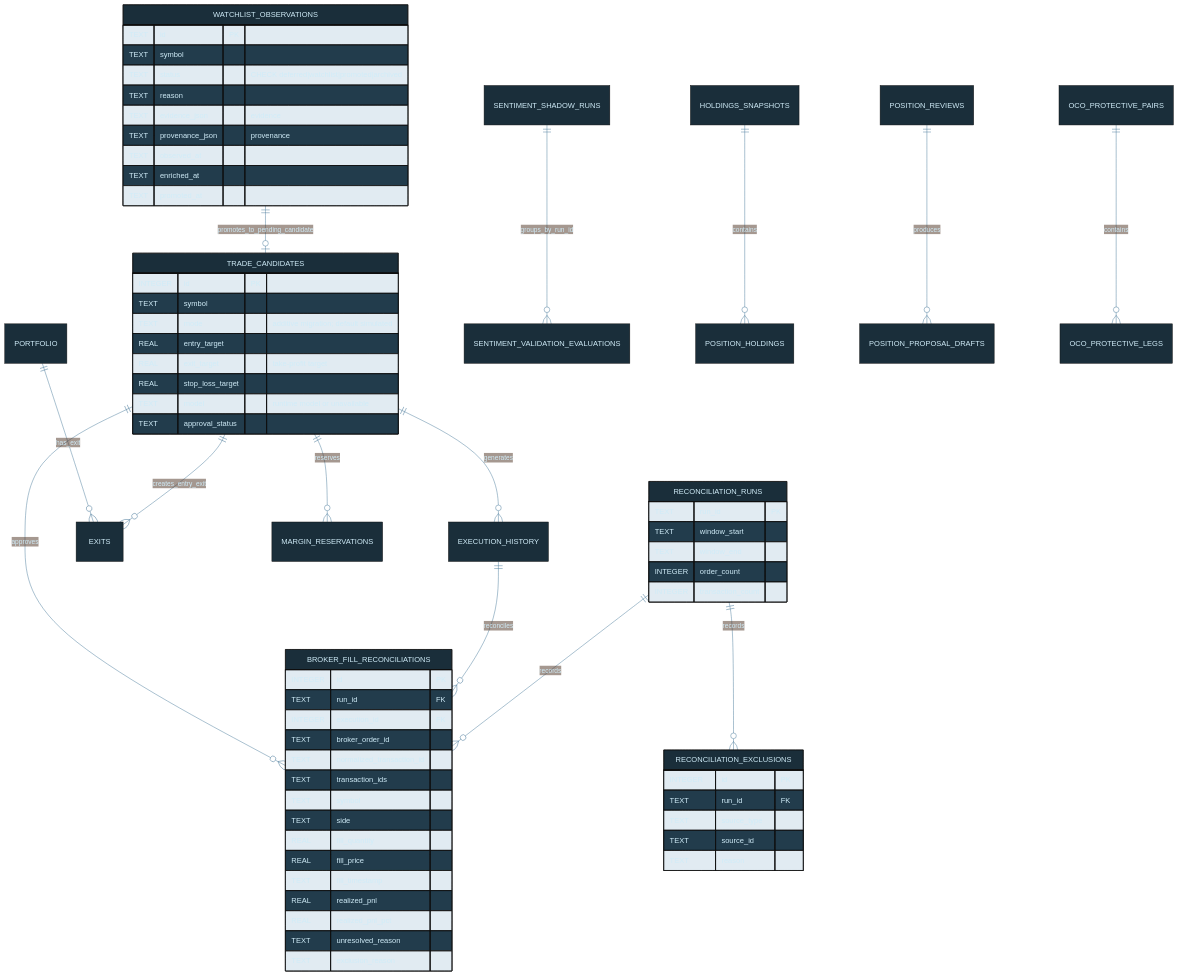
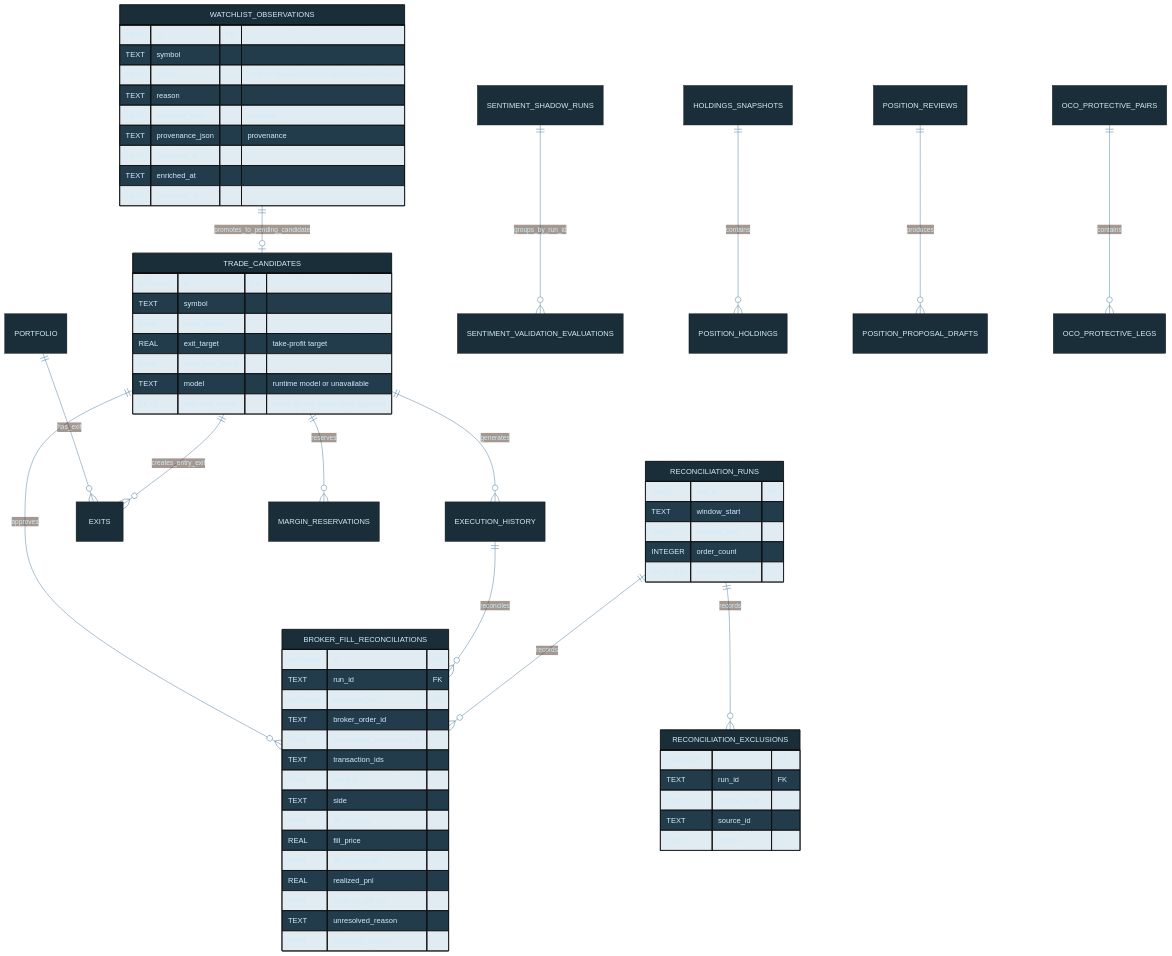
Before and after one commit to tylerdrakemusic/-Workspace: the diagram in diagrams/capital-db-schema.mmd, drawn with Mermaid. The commit also changed 3 other files, not shown here.

Commit message:
docs: align picker diagrams with real candidates

```diff
--- a/diagrams/capital-db-schema.mmd
+++ b/diagrams/capital-db-schema.mmd
@@ -1,70 +1,69 @@
 %%{init: {'theme': 'base', 'themeVariables': {'primaryColor': '#1a2e3a', 'primaryTextColor': '#d0ecf8', 'edgeLabelBackground': '#0f1318', 'lineColor': '#4a7a9a'}}}%%
 %% is_derived_view=false
 %% Traceability.derived_views: diagrams/capital-db-derived-trading.mmd, diagrams/capital-db-derived-position-and-validation.mmd
 erDiagram
     TRADE_CANDIDATES ||--o{ EXECUTION_HISTORY : generates
     TRADE_CANDIDATES ||--o{ EXITS : creates_entry_exit
     WATCHLIST_OBSERVATIONS ||--o| TRADE_CANDIDATES : promotes_to_pending_candidate
     PORTFOLIO ||--o{ EXITS : has_exit
     TRADE_CANDIDATES ||--o{ MARGIN_RESERVATIONS : reserves
     SENTIMENT_SHADOW_RUNS ||--o{ SENTIMENT_VALIDATION_EVALUATIONS : groups_by_run_id
     HOLDINGS_SNAPSHOTS ||--o{ POSITION_HOLDINGS : contains
     POSITION_REVIEWS ||--o{ POSITION_PROPOSAL_DRAFTS : produces
     OCO_PROTECTIVE_PAIRS ||--o{ OCO_PROTECTIVE_LEGS : contains
     RECONCILIATION_RUNS ||--o{ BROKER_FILL_RECONCILIATIONS : records
     RECONCILIATION_RUNS ||--o{ RECONCILIATION_EXCLUSIONS : records
     EXECUTION_HISTORY ||--o{ BROKER_FILL_RECONCILIATIONS : reconciles
     TRADE_CANDIDATES ||--o{ BROKER_FILL_RECONCILIATIONS : approves
     TRADE_CANDIDATES {
         INTEGER id PK
         TEXT symbol
-        TEXT mode "additive migration; default simulated"
         REAL entry_target
         REAL exit_target "take-profit target"
         REAL stop_loss_target
         TEXT model "runtime model or unavailable"
-        TEXT approval_status
+        TEXT approval_status "pending until Trade Gate approval"
     }
     WATCHLIST_OBSERVATIONS {
         TEXT id PK
         TEXT symbol
         TEXT status "CHECK deferred|watchlist|promoted|archived"
         TEXT reason
         TEXT evidence_json "evidence"
         TEXT provenance_json "provenance"
         TEXT observed_at
         TEXT enriched_at
         TEXT promoted_at
     }
     RECONCILIATION_RUNS {
         TEXT run_id PK
         TEXT window_start
         TEXT window_end
         INTEGER order_count
         INTEGER transaction_count
     }
     BROKER_FILL_RECONCILIATIONS {
         INTEGER id PK
         TEXT run_id FK
         INTEGER execution_id FK
         TEXT broker_order_id
         TEXT normalized_transaction_id
         TEXT transaction_ids
         TEXT symbol
         TEXT side
         REAL fill_quantity
         REAL fill_price
         TEXT fill_timestamp
         REAL realized_pnl
         REAL realized_pnl_pct
         TEXT unresolved_reason
         TEXT exclusion_reason
     }
     RECONCILIATION_EXCLUSIONS {
         INTEGER id PK
         TEXT run_id FK
         TEXT source_type
         TEXT source_id
         TEXT reason
     }
     %% Index: idx_watchlist_observations_symbol ON (symbol, observed_at)
```
